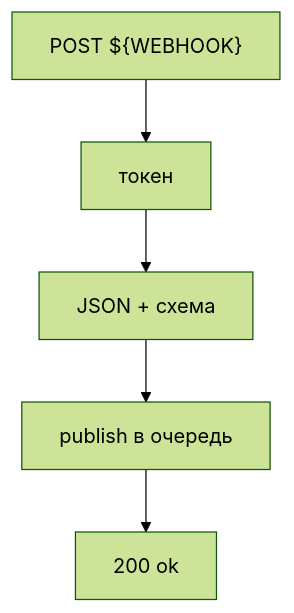
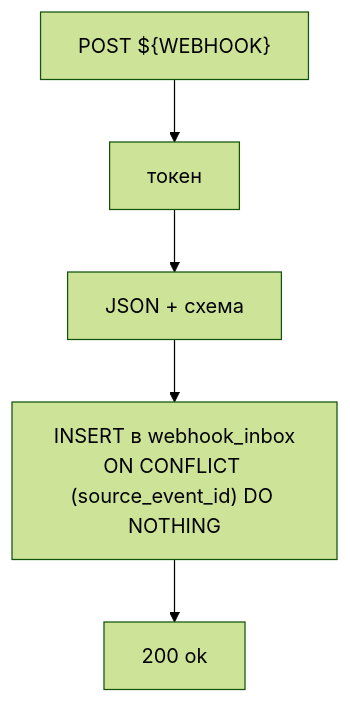
One commit to Nikita-Silent/teyca-sync changed the fifth of 11 diagrams in docs/current-runtime-flow.md. Above: the diagram before and after it, drawn with Mermaid (forest theme). The commit also changed other lines of this file and 11 other files, not shown here.

````diff
--- a/docs/current-runtime-flow.md
+++ b/docs/current-runtime-flow.md
@@ -168,4 +204,4 @@
 ```mermaid
 flowchart TB
-    IN["POST ${WEBHOOK}"] --> AUTH["токен"] --> VAL["JSON + схема"] --> PUB["publish в очередь"] --> OK["200 ok"]
+    IN["POST ${WEBHOOK}"] --> AUTH["токен"] --> VAL["JSON + схема"] --> INS["INSERT в webhook_inbox<br/>ON CONFLICT (source_event_id) DO NOTHING"] --> OK["200 ok"]
 ```
````
